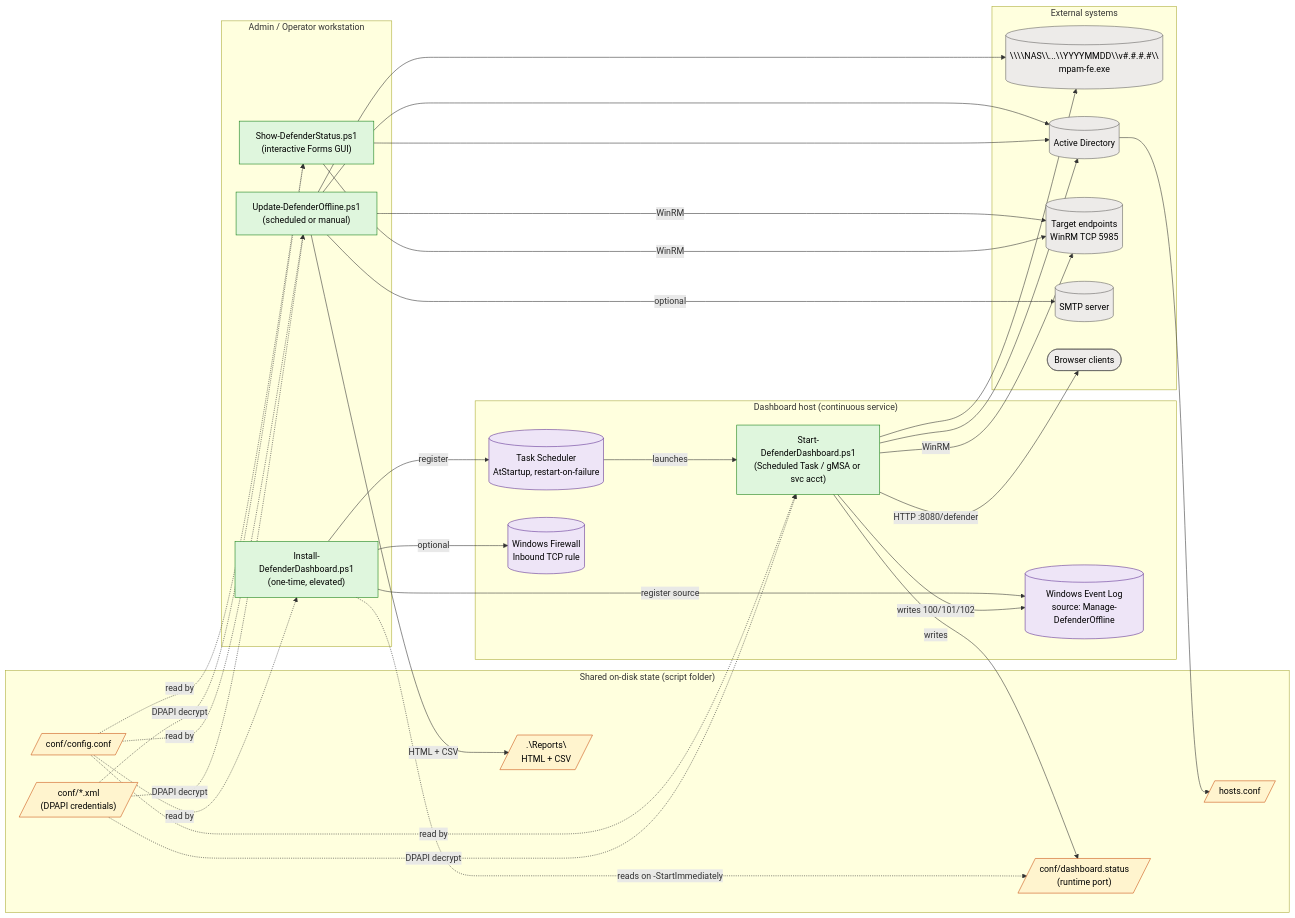
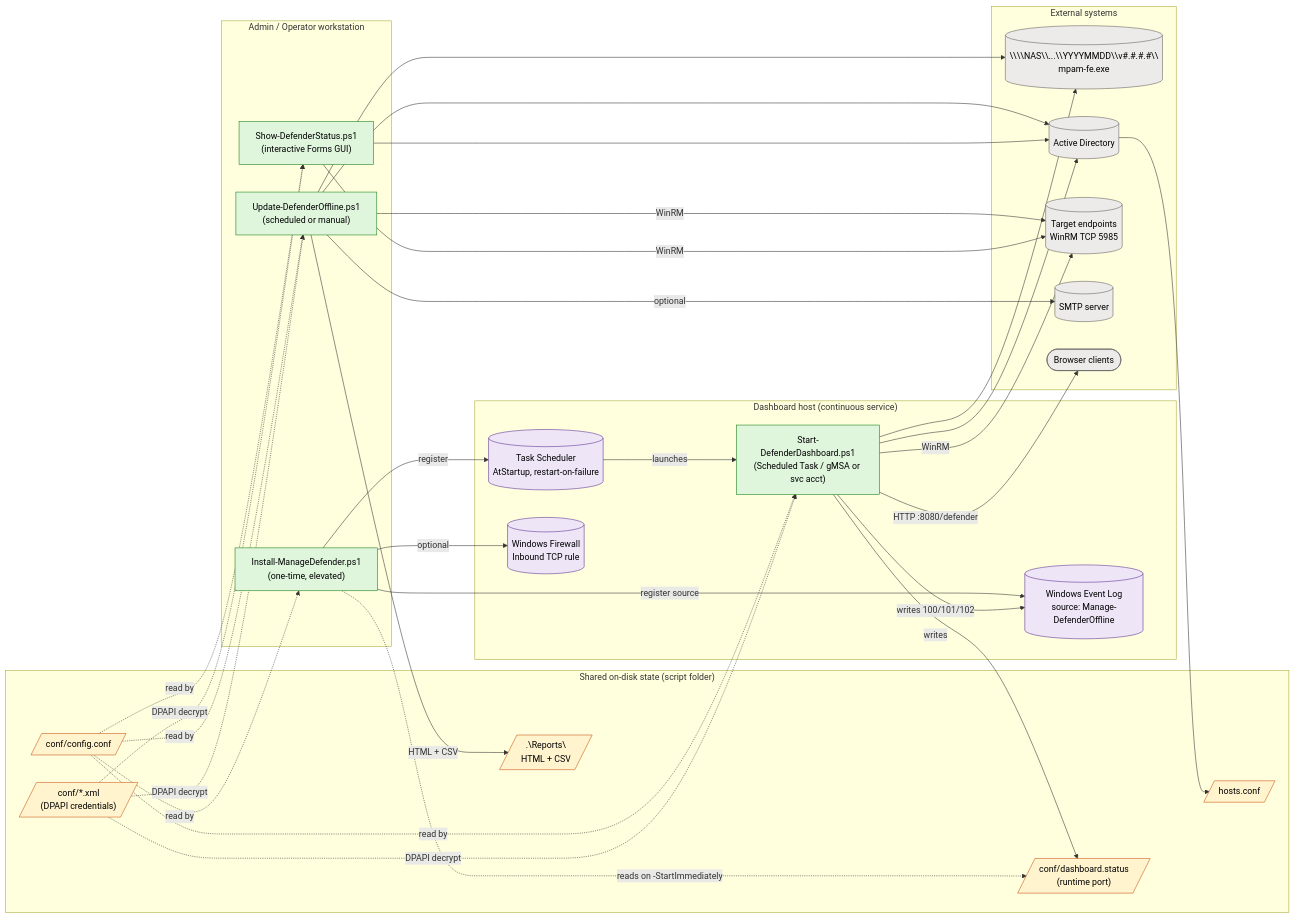
One commit to kismetgerald/Manage-DefenderOffline changed the first of 5 diagrams in ARCHITECTURE.md. Above: the diagram before and after it, drawn with Mermaid. The commit also changed other lines of this file and 12 other files, not shown here.

````diff
--- a/ARCHITECTURE.md
+++ b/ARCHITECTURE.md
@@ -11,70 +11,70 @@
 ```mermaid
 flowchart LR
     classDef script fill:#dff6dd,stroke:#107c10,color:#000
     classDef infra  fill:#eee5f7,stroke:#5c2d91,color:#000
     classDef state  fill:#fff4ce,stroke:#ca5010,color:#000
     classDef ext    fill:#edebe9,stroke:#605e5c,color:#000
 
     subgraph admin["Admin / Operator workstation"]
         update["Update-DefenderOffline.ps1<br/>(scheduled or manual)"]:::script
         show["Show-DefenderStatus.ps1<br/>(interactive Forms GUI)"]:::script
-        installer["Install-DefenderDashboard.ps1<br/>(one-time, elevated)"]:::script
+        installer["Install-ManageDefender.ps1<br/>(one-time, elevated)"]:::script
     end
 
     subgraph dashHost["Dashboard host (continuous service)"]
         dashboard["Start-DefenderDashboard.ps1<br/>(Scheduled Task / gMSA or svc acct)"]:::script
         task[("Task Scheduler<br/>AtStartup, restart-on-failure")]:::infra
         evtlog[("Windows Event Log<br/>source: Manage-DefenderOffline")]:::infra
         fw[("Windows Firewall<br/>Inbound TCP rule")]:::infra
     end
 
     subgraph shared["Shared on-disk state (script folder)"]
         cfg[/"conf/config.conf"/]:::state
         hosts[/"hosts.conf"/]:::state
         creds[/"conf/*.xml<br/>(DPAPI credentials)"/]:::state
         status[/"conf/dashboard.status<br/>(runtime port)"/]:::state
         reports[/".\Reports\<br/>HTML + CSV"/]:::state
     end
 
     subgraph external["External systems"]
         share[("\\\\NAS\\...\\YYYYMMDD\\v#.#.#.#\\<br/>mpam-fe.exe")]:::ext
         ad[("Active Directory")]:::ext
         targets[("Target endpoints<br/>WinRM TCP 5985")]:::ext
         smtp[("SMTP server")]:::ext
         browser(["Browser clients"]):::ext
     end
 
     cfg -.->|read by| update
     cfg -.->|read by| show
     cfg -.->|read by| dashboard
     cfg -.->|read by| installer
 
     creds -.->|DPAPI decrypt| update
     creds -.->|DPAPI decrypt| show
     creds -.->|DPAPI decrypt| dashboard
 
     update --> ad
     show --> ad
     dashboard --> ad
     ad --> hosts
 
     update --> share
     dashboard --> share
 
     update -->|WinRM| targets
     show -->|WinRM| targets
     dashboard -->|WinRM| targets
 
     update -->|HTML + CSV| reports
     update -->|optional| smtp
 
     installer -->|register| task
     installer -->|register source| evtlog
     installer -->|optional| fw
     task -->|launches| dashboard
     dashboard -->|writes| status
     dashboard -->|writes 100/101/102| evtlog
     installer -.->|reads on -StartImmediately| status
 
     dashboard -->|HTTP :8080/defender| browser
 ```
````
